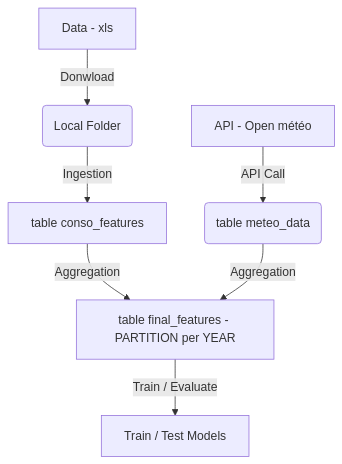
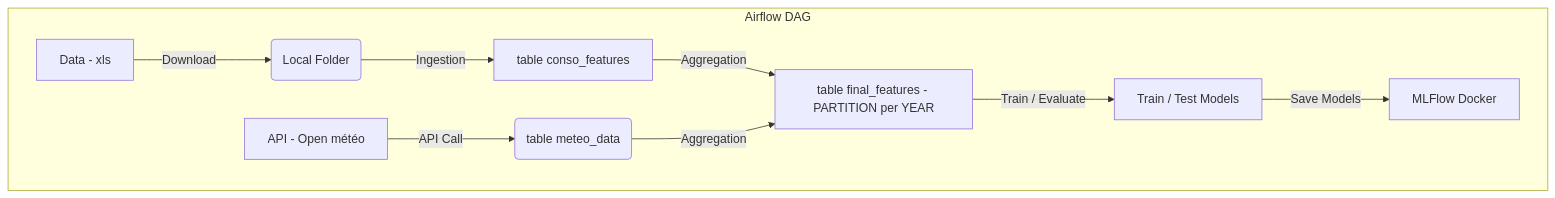
Before and after one commit to s-candido/EDF-mspr3: the diagram in README.md, drawn with Mermaid.

Commit message:
perf: :zap: better infra readme

````diff
--- a/README.md
+++ b/README.md
@@ -15,10 +15,12 @@
 ```mermaid
-
 flowchart TD
-    T[API - Open météo] -->|API Call| E(table meteo_data)
-    A[Data - xls] -->|Donwload| B(Local Folder)
-    B -->|Ingestion| C[table conso_features]
-    C -->|Aggregation| D
-    E -->|Aggregation| D[table final_features - PARTITION per YEAR]
-    D -->|Train / Evaluate| F[Train / Test Models]
+    subgraph Airflow DAG
+        T[API - Open météo] -->|API Call| E(table meteo_data)
+        A[Data - xls] -->|Download| B(Local Folder)
+        B -->|Ingestion| C[table conso_features]
+        C -->|Aggregation| D
+        E -->|Aggregation| D[table final_features - PARTITION per YEAR]
+        D -->|Train / Evaluate| F[Train / Test Models]
+        F -->|Save Models| G[MLFlow Docker]
+    end
 ```
````
